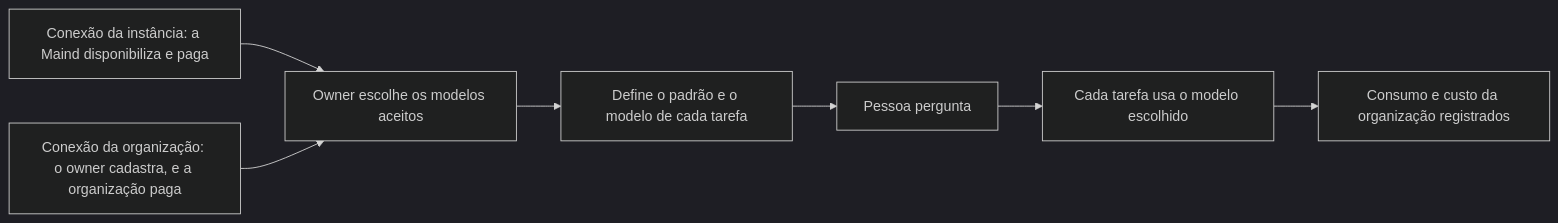
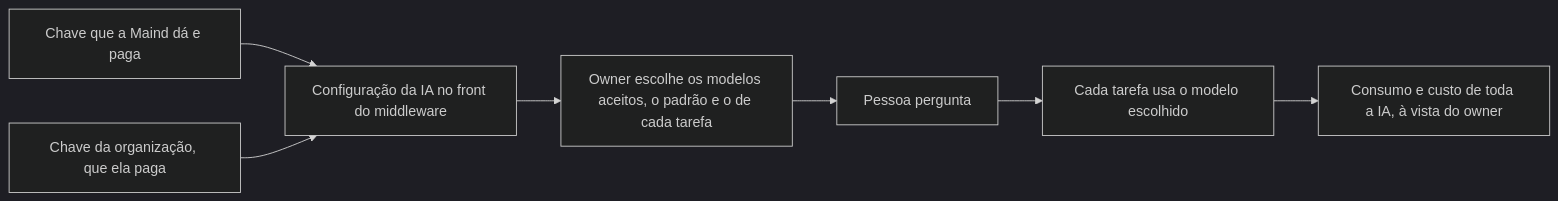
The diagram in docs/leitura/mfs/mf-105-ia-sob-controle-da-organizacao.md (fabioabr/horus-v2-docs), drawn with Mermaid (dark theme) before and after one commit. The commit also changed other lines of this file and 49 other files, not shown here.

First line of the commit message:
docs(produto): infraestrutura separada em toda organização (D-258 a D-270)

````diff
--- a/docs/leitura/mfs/mf-105-ia-sob-controle-da-organizacao.md
+++ b/docs/leitura/mfs/mf-105-ia-sob-controle-da-organizacao.md
@@ -130,9 +126,9 @@
 ```mermaid
 flowchart LR
-  a[Conexão da instância: a Maind disponibiliza e paga] --> c[Owner escolhe os modelos aceitos]
-  b[Conexão da organização: o owner cadastra, e a organização paga] --> c
-  c --> d[Define o padrão e o modelo de cada tarefa]
+  a[Chave que a Maind dá e paga] --> c[Configuração da IA no front do middleware]
+  b[Chave da organização, que ela paga] --> c
+  c --> d[Owner escolhe os modelos aceitos, o padrão e o de cada tarefa]
   d --> e[Pessoa pergunta]
   e --> f[Cada tarefa usa o modelo escolhido]
-  f --> g[Consumo e custo da organização registrados]
+  f --> g[Consumo e custo de toda a IA, à vista do owner]
 ```
````
